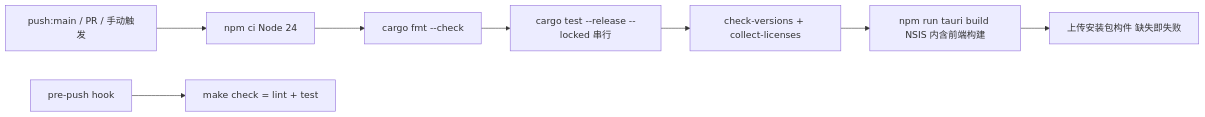
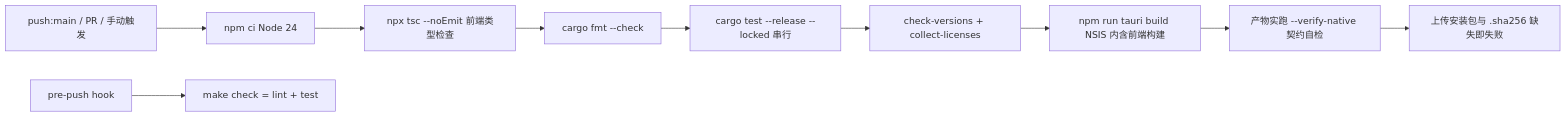
One commit to hershate/Deep-tutor changed the first of 11 diagrams in docs/architecture/03-workflow.md. Above: the diagram before and after it, drawn with Mermaid. The commit also changed other lines of this file and 10 other files, not shown here.

````diff
--- a/docs/architecture/03-workflow.md
+++ b/docs/architecture/03-workflow.md
@@ -19,10 +20,12 @@
 ```mermaid
 flowchart LR
     A[push:main / PR / 手动触发] --> B[npm ci Node 24]
-    B --> C[cargo fmt --check]
+    B --> T[npx tsc --noEmit 前端类型检查]
+    T --> C[cargo fmt --check]
     C --> D[cargo test --release --locked 串行]
     D --> E[check-versions + collect-licenses]
     E --> F[npm run tauri build NSIS 内含前端构建]
-    F --> G[上传安装包构件 缺失即失败]
+    F --> V[产物实跑 --verify-native 契约自检]
+    V --> G[上传安装包与 .sha256 缺失即失败]
     H[pre-push hook] --> I[make check = lint + test]
 ```
````
